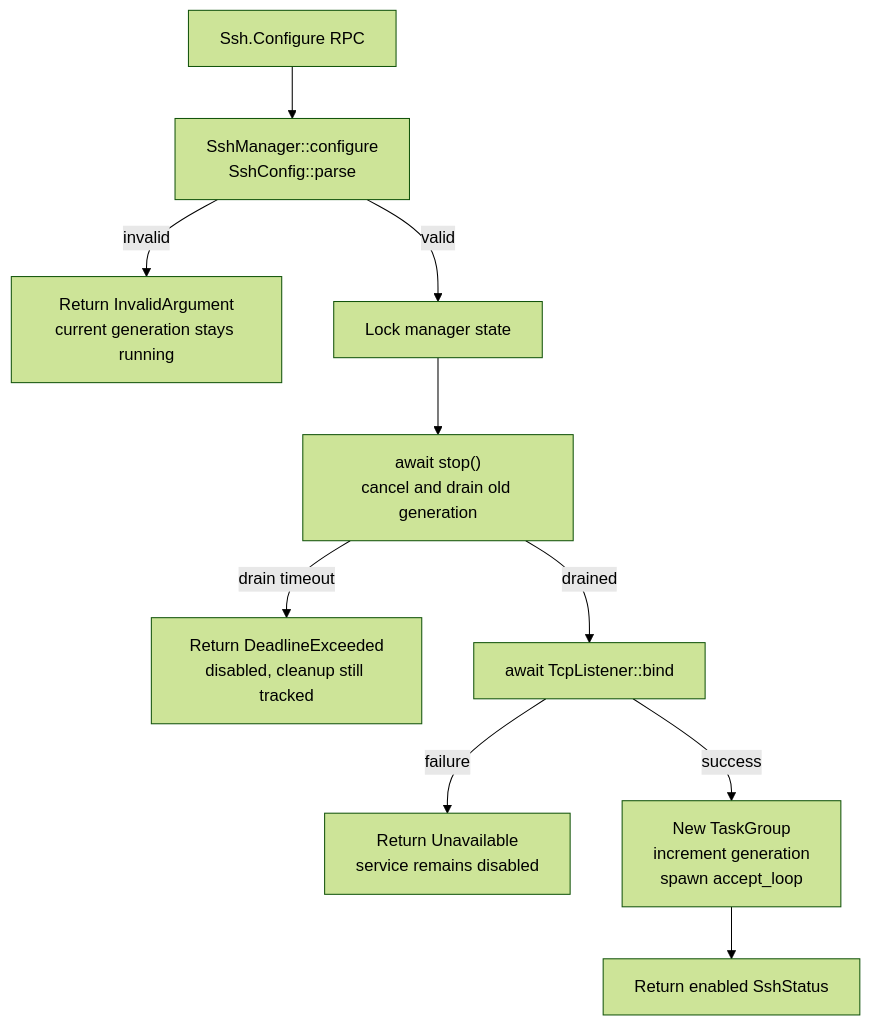
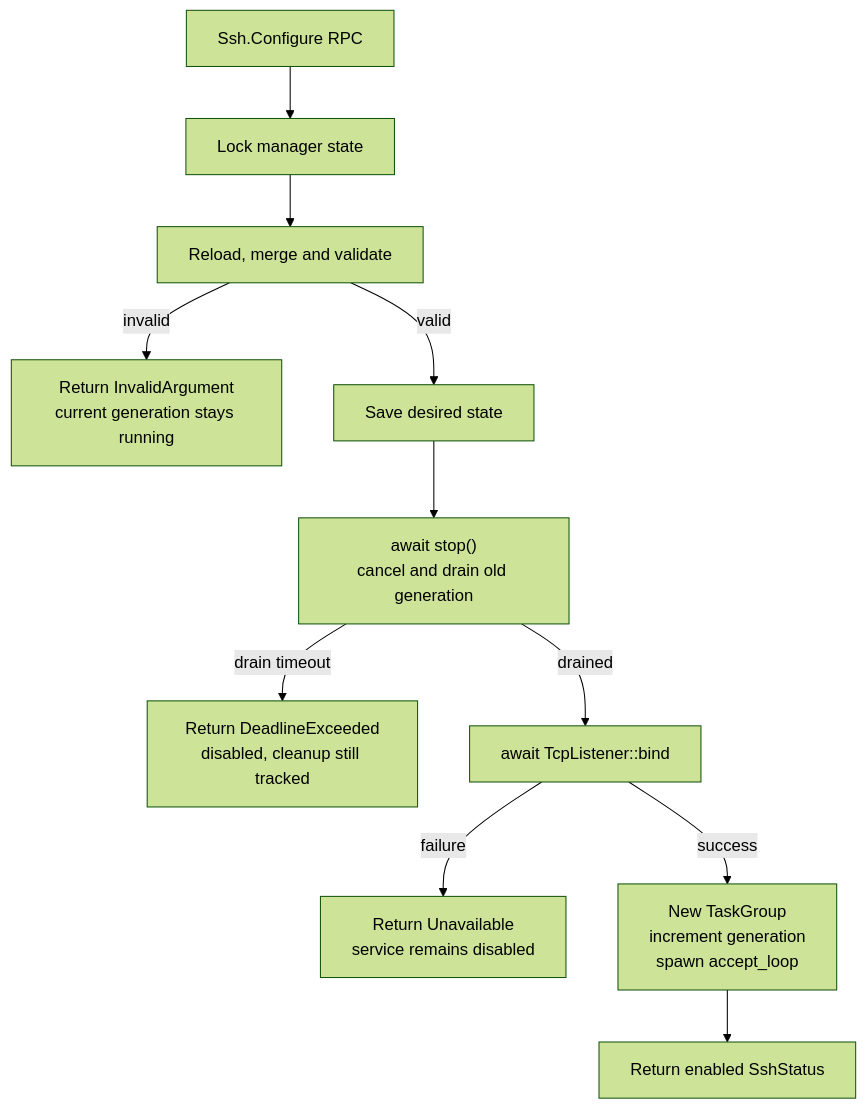
One commit to boxlite-ai/boxlite changed the first of 6 diagrams in src/guest/src/service/ssh/lifecycles.md. Above: the diagram before and after it, drawn with Mermaid (forest theme). The commit also changed other lines of this file and 26 other files, not shown here.

````diff
--- a/src/guest/src/service/ssh/lifecycles.md
+++ b/src/guest/src/service/ssh/lifecycles.md
@@ -29,12 +32,13 @@
 ```mermaid
 flowchart TD
-    RPC["Ssh.Configure RPC"] --> PARSE["SshManager::configure<br/>SshConfig::parse"]
+    RPC["Ssh.Configure RPC"] --> LOCK["Lock manager state"]
+    LOCK --> PARSE["Reload, merge and validate"]
     PARSE -->|invalid| KEEP["Return InvalidArgument<br/>current generation stays running"]
-    PARSE -->|valid| LOCK["Lock manager state"]
-    LOCK --> STOP["await stop()<br/>cancel and drain old generation"]
+    PARSE -->|valid| SAVE["Save desired state"]
+    SAVE --> STOP["await stop()<br/>cancel and drain old generation"]
     STOP -->|drain timeout| TIMEOUT["Return DeadlineExceeded<br/>disabled, cleanup still tracked"]
     STOP -->|drained| BIND["await TcpListener::bind"]
     BIND -->|failure| DISABLED["Return Unavailable<br/>service remains disabled"]
     BIND -->|success| START["New TaskGroup<br/>increment generation<br/>spawn accept_loop"]
     START --> READY["Return enabled SshStatus"]
 ```
````
